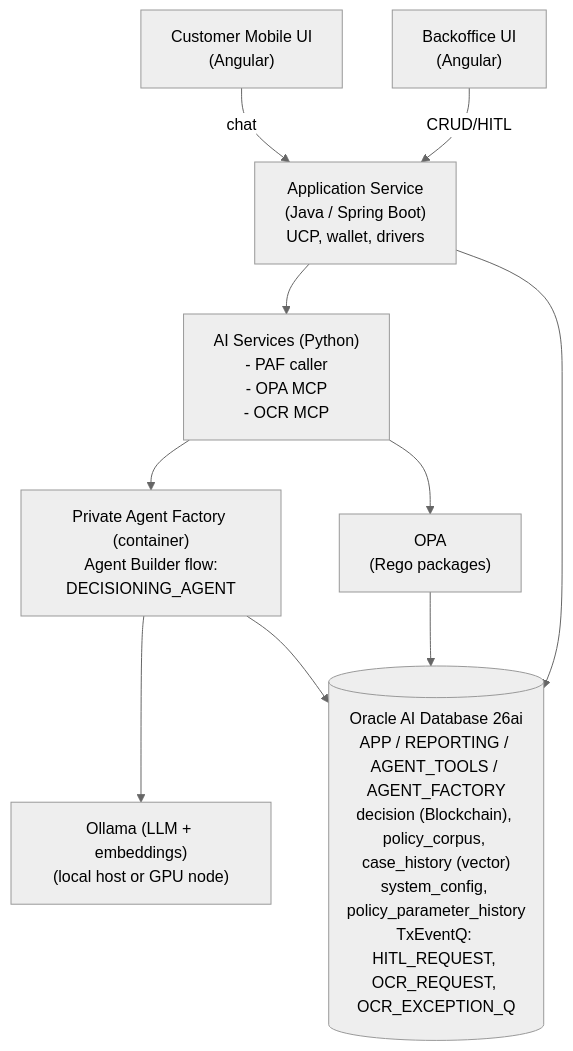
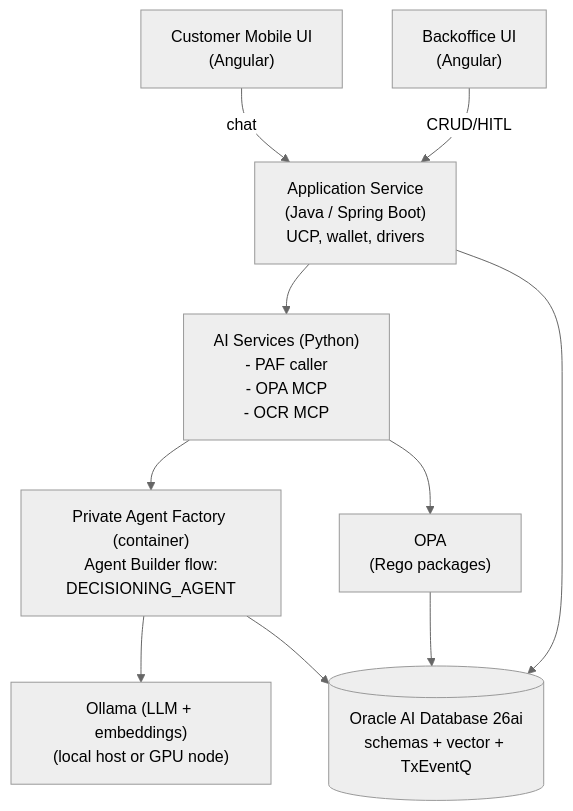
Before and after one commit to vmleon/oracle-database-private-agent-factory-poc: the diagram in docs/DESIGN.md, drawn with Mermaid (neutral theme). The commit also changed 1 other file, not shown here.

Commit message:
docs: tighten mermaid layouts in deployment and design diagrams

````diff
--- a/docs/DESIGN.md
+++ b/docs/DESIGN.md
@@ -40,21 +40,21 @@
 ```mermaid
 flowchart TB
     mobile["Customer Mobile UI<br/>(Angular)"]
     backoffice["Backoffice UI<br/>(Angular)"]
     appsvc["Application Service<br/>(Java / Spring Boot)<br/>UCP, wallet, drivers"]
     ai["AI Services (Python)<br/>- PAF caller<br/>- OPA MCP<br/>- OCR MCP"]
     paf["Private Agent Factory (container)<br/>Agent Builder flow:<br/>DECISIONING_AGENT"]
     opa["OPA<br/>(Rego packages)"]
     ollama["Ollama (LLM + embeddings)<br/>(local host or GPU node)"]
-    db[("Oracle AI Database 26ai<br/>APP / REPORTING / AGENT_TOOLS / AGENT_FACTORY<br/>decision (Blockchain), policy_corpus, case_history (vector)<br/>system_config, policy_parameter_history<br/>TxEventQ: HITL_REQUEST, OCR_REQUEST, OCR_EXCEPTION_Q")]
+    db[("Oracle AI Database 26ai<br/>schemas + vector + TxEventQ")]
 
     mobile -- chat --> appsvc
     backoffice -- CRUD/HITL --> appsvc
     appsvc --> ai
     ai --> paf
     ai --> opa
     paf --> ollama
     paf --> db
     opa --> db
     appsvc --> db
 ```
````
